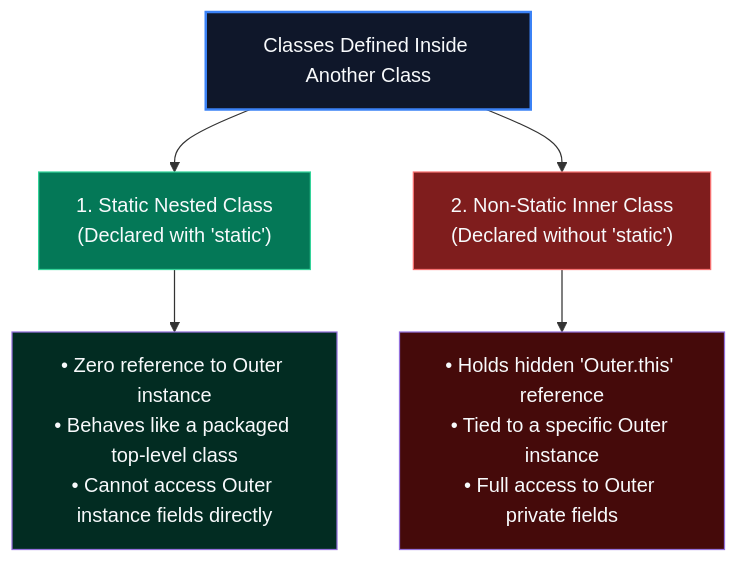
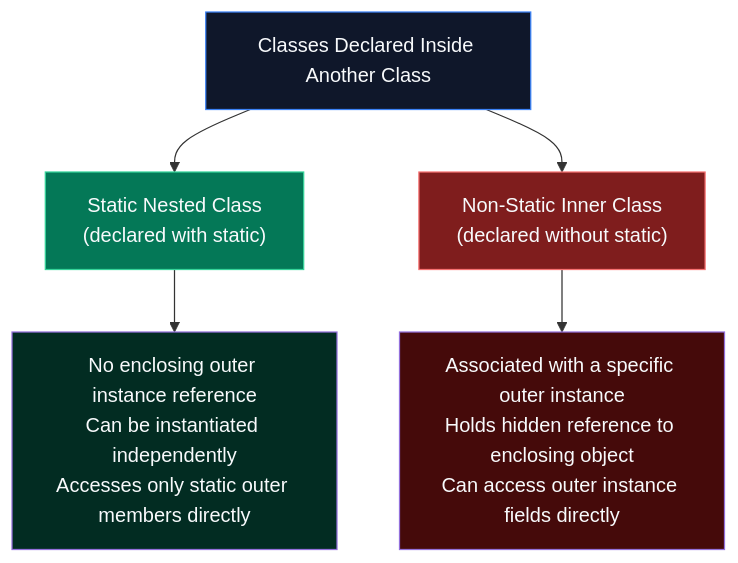
Before and after one commit to ravishankar2463/java_hub: the first of 2 diagrams in content/roadmap/level-1/advanced-class-design.md, drawn with Mermaid. The commit also changed other lines of this file and 119 other files, not shown here.

Commit message:
feat: add comprehensive java learning roadmap content across multiple levels

````diff
--- a/content/roadmap/level-1/advanced-class-design.md
+++ b/content/roadmap/level-1/advanced-class-design.md
@@ -26,14 +20,14 @@
 ```mermaid
 flowchart TD
-    Nested["Classes Defined Inside Another Class"] --> StaticNested["1. Static Nested Class<br/>(Declared with 'static')"]
-    Nested --> InnerClass["2. Non-Static Inner Class<br/>(Declared without 'static')"]
+    Nested["Classes Declared Inside Another Class"] --> StaticNested["Static Nested Class<br/>(declared with static)"]
+    Nested --> InnerClass["Non-Static Inner Class<br/>(declared without static)"]
 
-    StaticNested --> S_Desc["• Zero reference to Outer instance<br/>• Behaves like a packaged top-level class<br/>• Cannot access Outer instance fields directly"]
-    InnerClass --> I_Desc["• Holds hidden 'Outer.this' reference<br/>• Tied to a specific Outer instance<br/>• Full access to Outer private fields"]
+    StaticNested --> S_Desc["No enclosing outer instance reference<br/>Can be instantiated independently<br/>Accesses only static outer members directly"]
+    InnerClass --> I_Desc["Associated with a specific outer instance<br/>Holds hidden reference to enclosing object<br/>Can access outer instance fields directly"]
 
-    style Nested fill:#0f172a,stroke:#3b82f6,stroke-width:2px,color:#f8fafc
+    style Nested fill:#0f172a,stroke:#3b82f6,color:#f8fafc
     style StaticNested fill:#047857,stroke:#34d399,color:#f8fafc
     style InnerClass fill:#7f1d1d,stroke:#f87171,color:#f8fafc
     style S_Desc fill:#022c22,color:#f8fafc
     style I_Desc fill:#450a0a,color:#f8fafc
 ```
````
